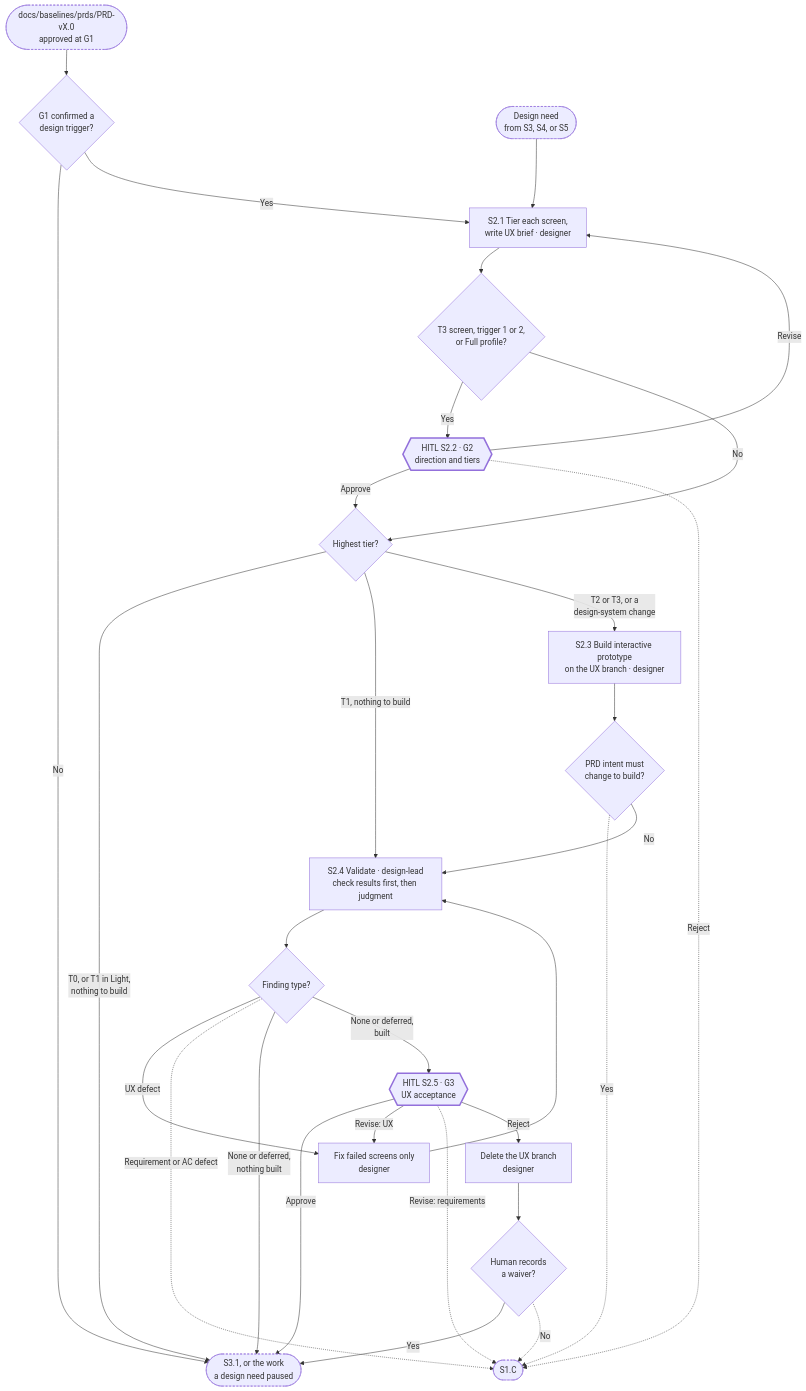
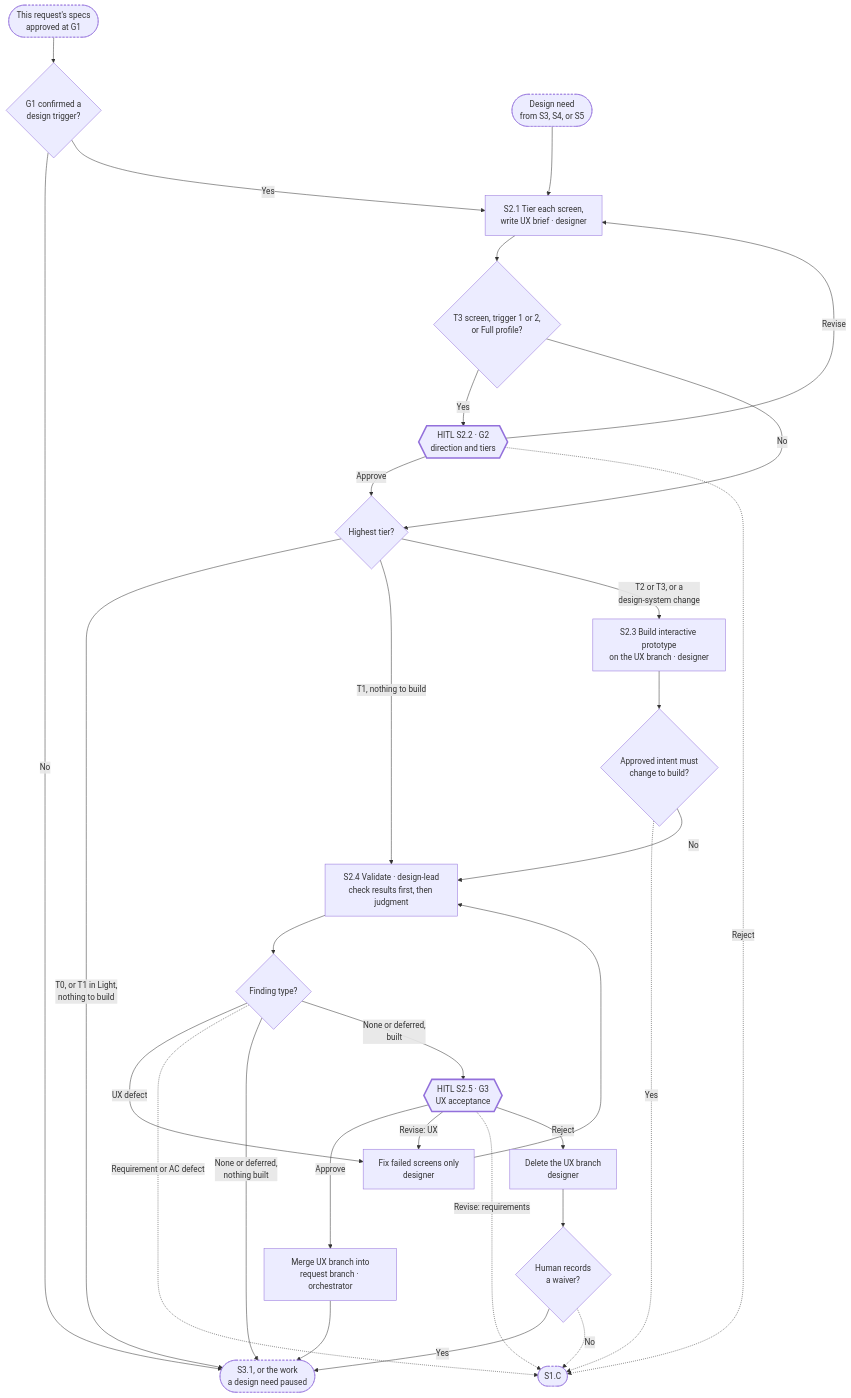
Before and after one commit to ddsofttech/oceanflows: the fourth of 9 diagrams in .cursor/sdlc/AGENT-SDLC-PLAYBOOK.md, drawn with Mermaid. The commit also changed other lines of this file and 57 other files, not shown here.

````diff
--- a/.cursor/sdlc/AGENT-SDLC-PLAYBOOK.md
+++ b/.cursor/sdlc/AGENT-SDLC-PLAYBOOK.md
@@ -492,33 +507,33 @@
 ```mermaid
 flowchart TD
   s1c(["S1.C"]):::ref
-  in(["docs/baselines/prds/PRD-vX.0<br/>approved at G1"]):::ref --> ui{"G1 confirmed a<br/>design trigger?"}
+  in(["This request's specs<br/>approved at G1"]):::ref --> ui{"G1 confirmed a<br/>design trigger?"}
   ui -->|No| s3(["S3.1, or the work<br/>a design need paused"]):::ref
   ui -->|Yes| s21["S2.1 Tier each screen,<br/>write UX brief · designer"]
   dn(["Design need<br/>from S3, S4, or S5"]):::ref --> s21
   s21 --> stop2{"T3 screen, trigger 1 or 2,<br/>or Full profile?"}
   stop2 -->|Yes| g2{{"HITL S2.2 · G2<br/>direction and tiers"}}:::hitl
   stop2 -->|No| t{"Highest tier?"}
   g2 -->|Approve| t
   g2 -->|Revise| s21
   g2 -.->|Reject| s1c
   t -->|"T0, or T1 in Light,<br/>nothing to build"| s3
   t -->|"T1, nothing to build"| s24
   t -->|"T2 or T3, or a<br/>design-system change"| s23["S2.3 Build interactive prototype<br/>on the UX branch · designer"]
-  s23 --> cc{"PRD intent must<br/>change to build?"}
+  s23 --> cc{"Approved intent must<br/>change to build?"}
   cc -.->|Yes| s1c
   cc -->|No| s24["S2.4 Validate · design-lead<br/>check results first, then judgment"]
   s24 --> d{"Finding type?"}
   d -->|"UX defect"| fix["Fix failed screens only<br/>designer"] --> s24
   d -.->|"Requirement or AC defect"| s1c
   d -->|"None or deferred,<br/>nothing built"| s3
   d -->|"None or deferred,<br/>built"| g3{{"HITL S2.5 · G3<br/>UX acceptance"}}:::hitl
-  g3 -->|Approve| s3
+  g3 -->|Approve| mux["Merge UX branch into<br/>request branch · orchestrator"] --> s3
   g3 -->|"Revise: UX"| fix
   g3 -.->|"Revise: requirements"| s1c
   g3 -->|Reject| rs["Delete the UX branch<br/>designer"] --> wv{"Human records<br/>a waiver?"}
   wv -->|Yes| s3
   wv -.->|No| s1c
   classDef hitl stroke-width:3px
   classDef ref stroke-dasharray:4 3
 ```
````
